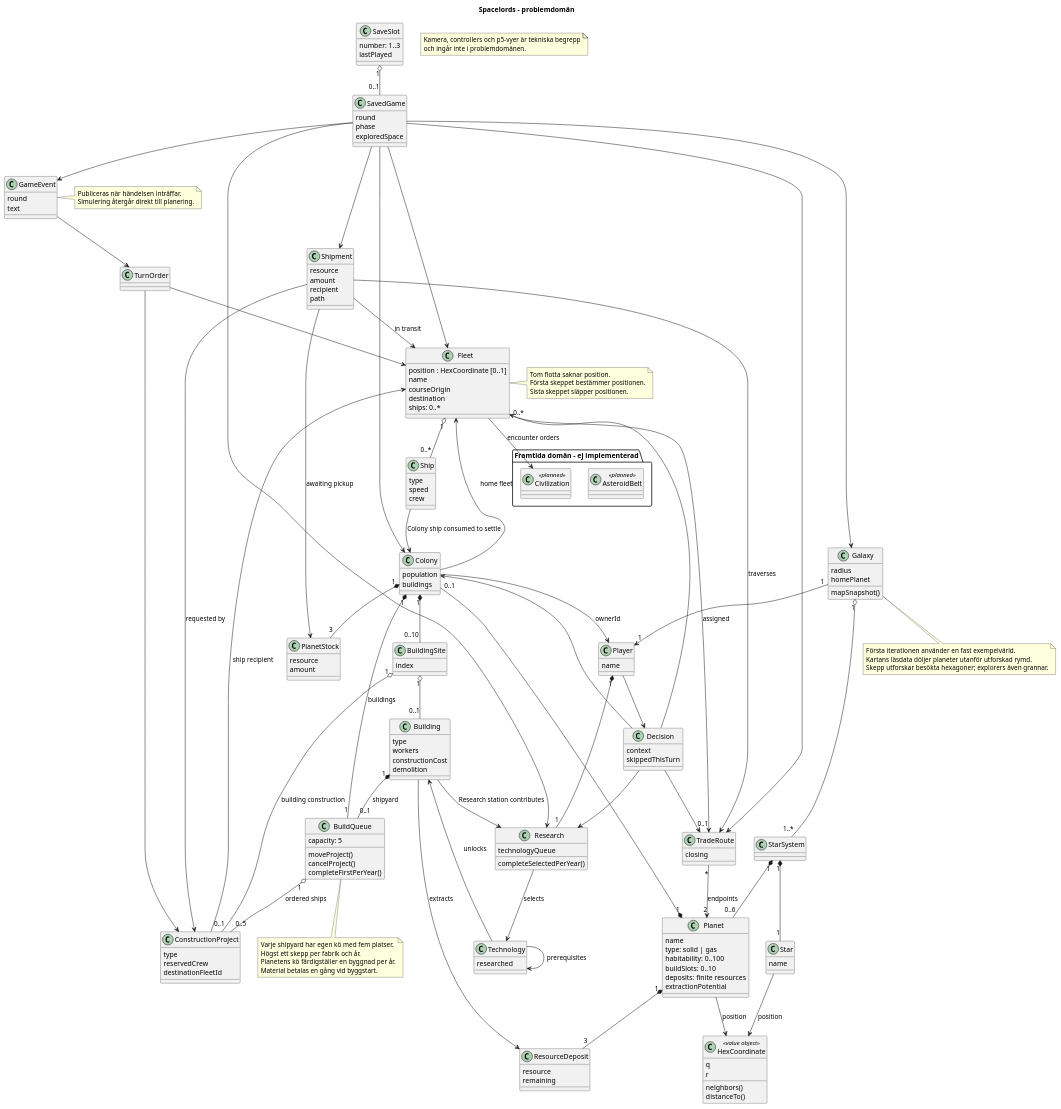
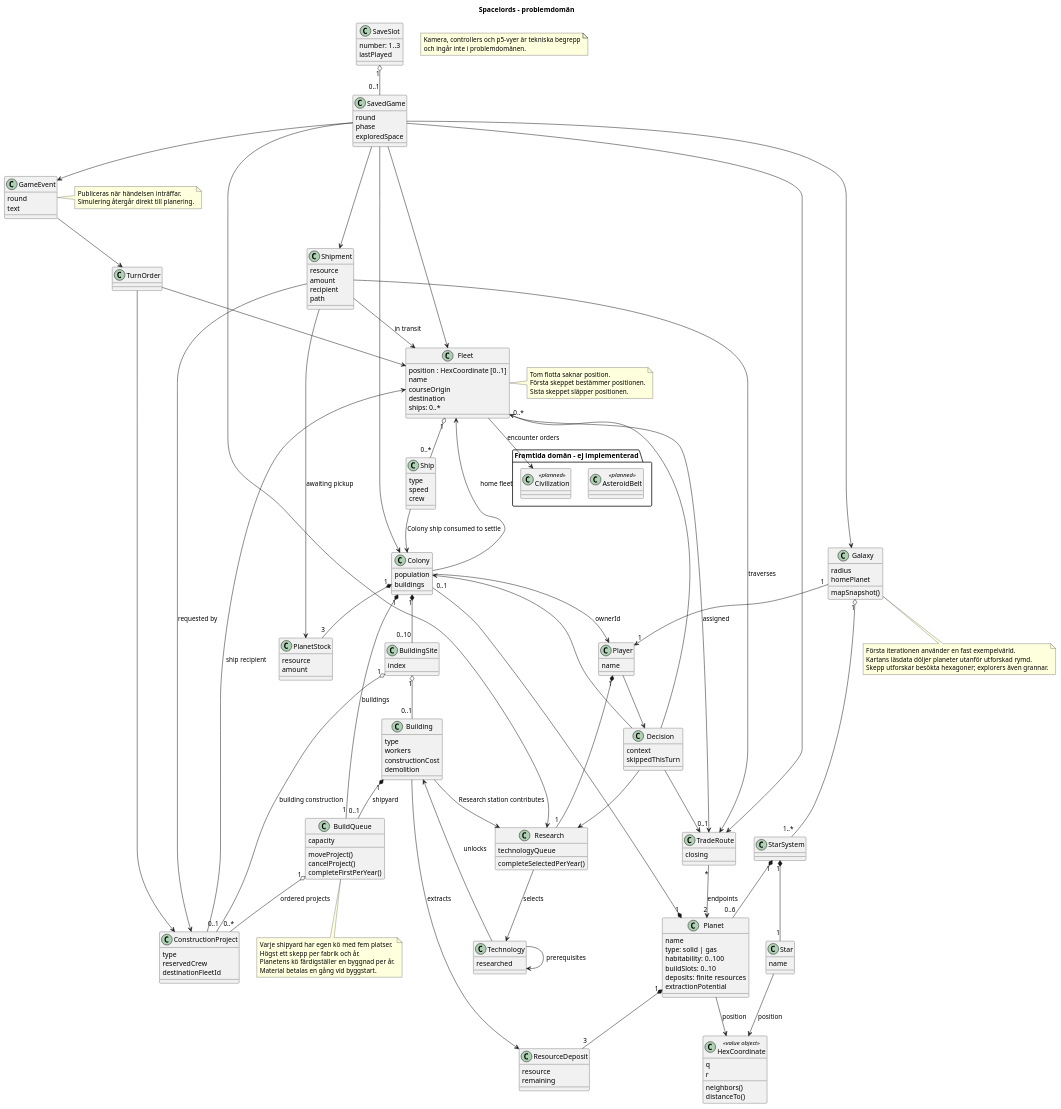
The diagram in docs/domain-model.puml (dntoll/spacelords), drawn with PlantUML before and after one commit. The commit also changed 1 other file, not shown here.

```diff
--- a/docs/domain-model.puml
+++ b/docs/domain-model.puml
@@ -1,190 +1,190 @@
 @startuml
 title Spacelords – problemdomän
 
 class SaveSlot {
   number: 1..3
   lastPlayed
 }
 class SavedGame {
   round
   phase
   exploredSpace
 }
 SaveSlot "1" o-- "0..1" SavedGame
 SavedGame --> Galaxy
 SavedGame --> Fleet
 SavedGame --> Colony
 SavedGame --> Research
 SavedGame --> GameEvent
 
 class Galaxy {
   radius
   homePlanet
   mapSnapshot()
 }
 class StarSystem
 class Star {
   name
 }
 class Planet {
   name
   type: solid | gas
   habitability: 0..100
   buildSlots: 0..10
   deposits: finite resources
   extractionPotential
 }
 class Colony {
   population
   buildings
 }
 class Building {
   type
   workers
   constructionCost
   demolition
 }
 class ConstructionProject {
   type
   reservedCrew
   destinationFleetId
 }
 class BuildingSite {
   index
 }
 class Technology {
   researched
 }
 class Research {
   technologyQueue
   completeSelectedPerYear()
 }
 class BuildQueue {
-  capacity: 5
+  capacity
   moveProject()
   cancelProject()
   completeFirstPerYear()
 }
 class Ship {
   type
   speed
   crew
 }
 class Fleet {
   position : HexCoordinate [0..1]
   name
   courseOrigin
   destination
   ships: 0..*
 }
 class TurnOrder
 class GameEvent {
   round
   text
 }
 note right of GameEvent
   Publiceras när händelsen inträffar.
   Simulering återgår direkt till planering.
 end note
 class Player {
   name
 }
 class HexCoordinate <<value object>> {
   q
   r
   neighbors()
   distanceTo()
 }
 
 Galaxy "1" o-- "1..*" StarSystem
 Galaxy "1" --> "1" Player
 StarSystem "1" *-- "1" Star
 StarSystem "1" *-- "0..6" Planet
 Star --> HexCoordinate : position
 Planet --> HexCoordinate : position
 Planet "1" *-- "0..1" Colony
 Colony --> Player : ownerId
 Colony "1" *-- "0..10" BuildingSite
 BuildingSite "1" o-- "0..1" Building
 BuildingSite "1" o-- "0..1" ConstructionProject : building construction
 Building "1" *-- "0..1" BuildQueue : shipyard
-BuildQueue "1" o-- "0..5" ConstructionProject : ordered ships
+BuildQueue "1" o-- "0..*" ConstructionProject : ordered projects
 Player "1" *-- "1" Research
 Research --> Technology : selects
 Technology --> Building : unlocks
 Technology --> Technology : prerequisites
 Building --> Research : Research station contributes
 ConstructionProject --> Fleet : ship recipient
 Colony --> Fleet : home fleet
 Fleet "1" o-- "0..*" Ship
 note right of Fleet
   Tom flotta saknar position.
   Första skeppet bestämmer positionen.
   Sista skeppet släpper positionen.
 end note
 Ship --> Colony : Colony ship consumed to settle
 TurnOrder --> ConstructionProject
 TurnOrder --> Fleet
 GameEvent --> TurnOrder
 
 note bottom of BuildQueue
   Varje shipyard har egen kö med fem platser.
   Högst ett skepp per fabrik och år.
   Planetens kö färdigställer en byggnad per år.
   Material betalas en gång vid byggstart.
 end note
 
 class ResourceDeposit {
   resource
   remaining
 }
 class PlanetStock {
   resource
   amount
 }
 class TradeRoute {
   closing
 }
 class Shipment {
   resource
   amount
   recipient
   path
 }
 class Decision {
   context
   skippedThisTurn
 }
 Planet "1" *-- "3" ResourceDeposit
 Colony "1" *-- "3" PlanetStock
 Building --> ResourceDeposit : extracts
 Colony "1" *-- "1" BuildQueue : buildings
 TradeRoute "*" --> "2" Planet : endpoints
 TradeRoute "0..1" <-- "0..*" Fleet : assigned
 Shipment --> Fleet : in transit
 Shipment --> PlanetStock : awaiting pickup
 Shipment --> ConstructionProject : requested by
 Shipment --> TradeRoute : traverses
 Player --> Decision
 Decision --> Colony
 Decision --> Fleet
 Decision --> Research
 Decision --> TradeRoute
 SavedGame --> TradeRoute
 SavedGame --> Shipment
 
 note bottom of Galaxy
   Första iterationen använder en fast exempelvärld.
   Kartans läsdata döljer planeter utanför utforskad rymd.
   Skepp utforskar besökta hexagoner; explorers även grannar.
 end note
 
 package "Framtida domän – ej implementerad" {
   class AsteroidBelt <<planned>>
   class Civilization <<planned>>
   Fleet --> Civilization : encounter orders
 }
 
 note "Kamera, controllers och p5-vyer är tekniska begrepp\noch ingår inte i problemdomänen." as Scope
 
 @enduml
```
